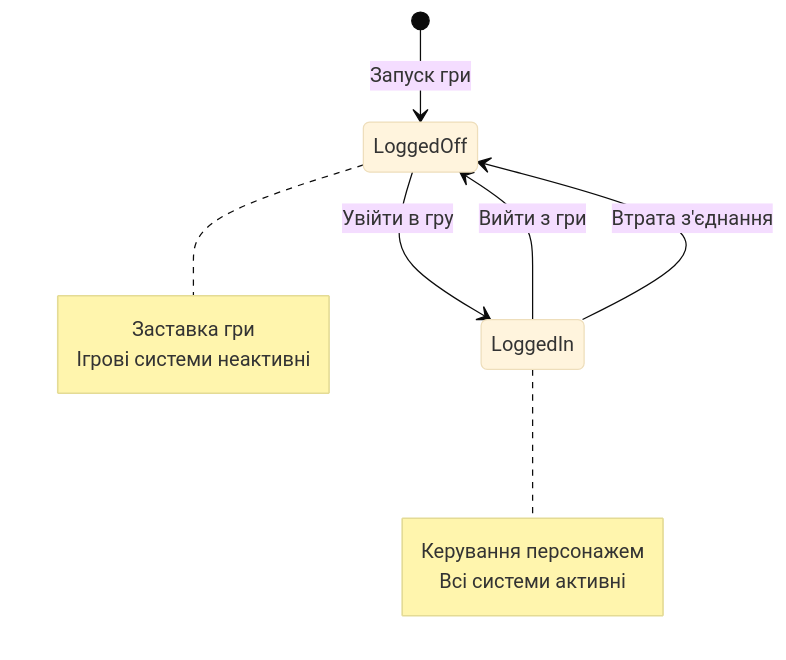
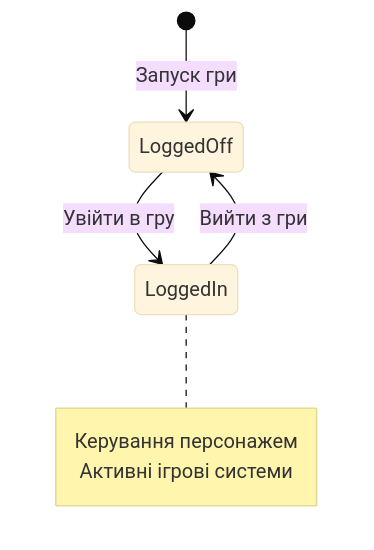
One commit to nick-fedchik/CallOfRelics changed the second of 9 diagrams in Docs/GameDesign/GDD.md. Above: the diagram before and after it, drawn with Mermaid (base theme). The commit also changed other lines of this file and 13 other files, not shown here.

````diff
--- a/Docs/GameDesign/GDD.md
+++ b/Docs/GameDesign/GDD.md
@@ -56,18 +79,12 @@
 ```mermaid
 stateDiagram-v2
     [*] --> LoggedOff: Запуск гри
 
     LoggedOff --> LoggedIn: Увійти в гру
     LoggedIn --> LoggedOff: Вийти з гри
-    LoggedIn --> LoggedOff: Втрата з'єднання
-
-    note right of LoggedOff
-        Заставка гри
-        Ігрові системи неактивні
-    end note
 
     note right of LoggedIn
         Керування персонажем
-        Всі системи активні
+        Активні ігрові системи
     end note
 ```
````
